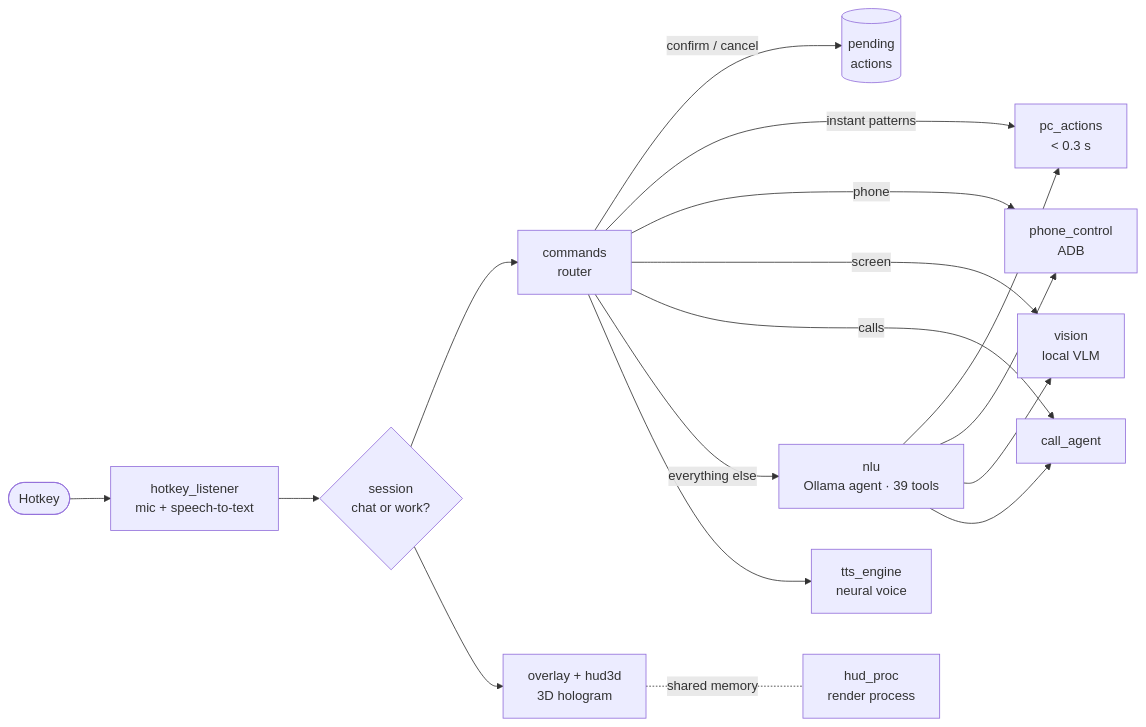
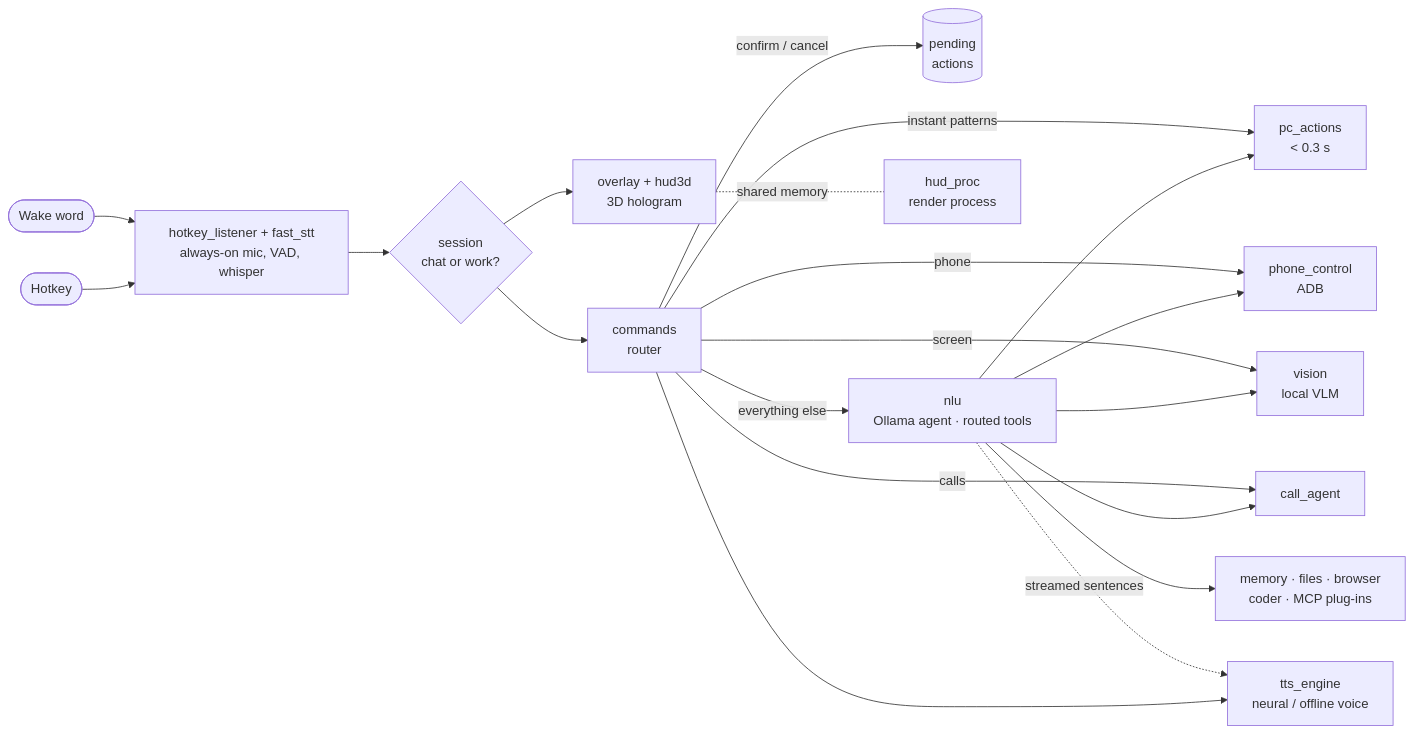
Before and after one commit to dev-shubh-madara/hinata-x-jarvis: the diagram in README.md, drawn with Mermaid. The commit also changed other lines of this file and 9 other files, not shown here.

````diff
--- a/README.md
+++ b/README.md
@@ -259,16 +283,19 @@
 ```mermaid
 flowchart LR
-    K([Hotkey]) --> L[hotkey_listener<br/>mic + speech-to-text]
+    W([Wake word]) --> L
+    K([Hotkey]) --> L[hotkey_listener + fast_stt<br/>always-on mic, VAD, whisper]
     L --> S{session<br/>chat or work?}
     S --> R[commands<br/>router]
     R -->|confirm / cancel| C[(pending<br/>actions)]
     R -->|instant patterns| P[pc_actions<br/>&lt; 0.3 s]
     R -->|phone| A[phone_control<br/>ADB]
     R -->|screen| V[vision<br/>local VLM]
     R -->|calls| CA[call_agent]
-    R -->|everything else| N[nlu<br/>Ollama agent · 39 tools]
+    R -->|everything else| N[nlu<br/>Ollama agent · routed tools]
+    N --> M[memory · files · browser<br/>coder · MCP plug-ins]
     N --> P & A & V & CA
-    R --> T[tts_engine<br/>neural voice]
+    N -. streamed sentences .-> T
+    R --> T[tts_engine<br/>neural / offline voice]
     S --> O[overlay + hud3d<br/>3D hologram]
     O -. shared memory .- H[hud_proc<br/>render process]
 ```
````
